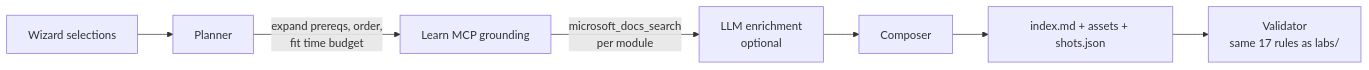
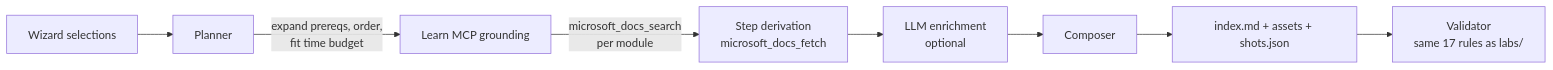
The diagram in docs/lab-builder.md (russrimm/CopilotStudioLabs), drawn with Mermaid before and after one commit. The commit also changed other lines of this file and 7 other files, not shown here.

````diff
--- a/docs/lab-builder.md
+++ b/docs/lab-builder.md
@@ -142,9 +145,10 @@
 ```mermaid
 flowchart LR
   A[Wizard selections] --> B[Planner]
   B -->|expand prereqs, order,<br/>fit time budget| C[Learn MCP grounding]
-  C -->|microsoft_docs_search<br/>per module| D[LLM enrichment<br/>optional]
+  C -->|microsoft_docs_search<br/>per module| S[Step derivation<br/>microsoft_docs_fetch]
+  S --> D[LLM enrichment<br/>optional]
   D --> E[Composer]
   E --> F[index.md + assets + shots.json]
   F --> G[Validator<br/>same 17 rules as labs/]
 ```
````
